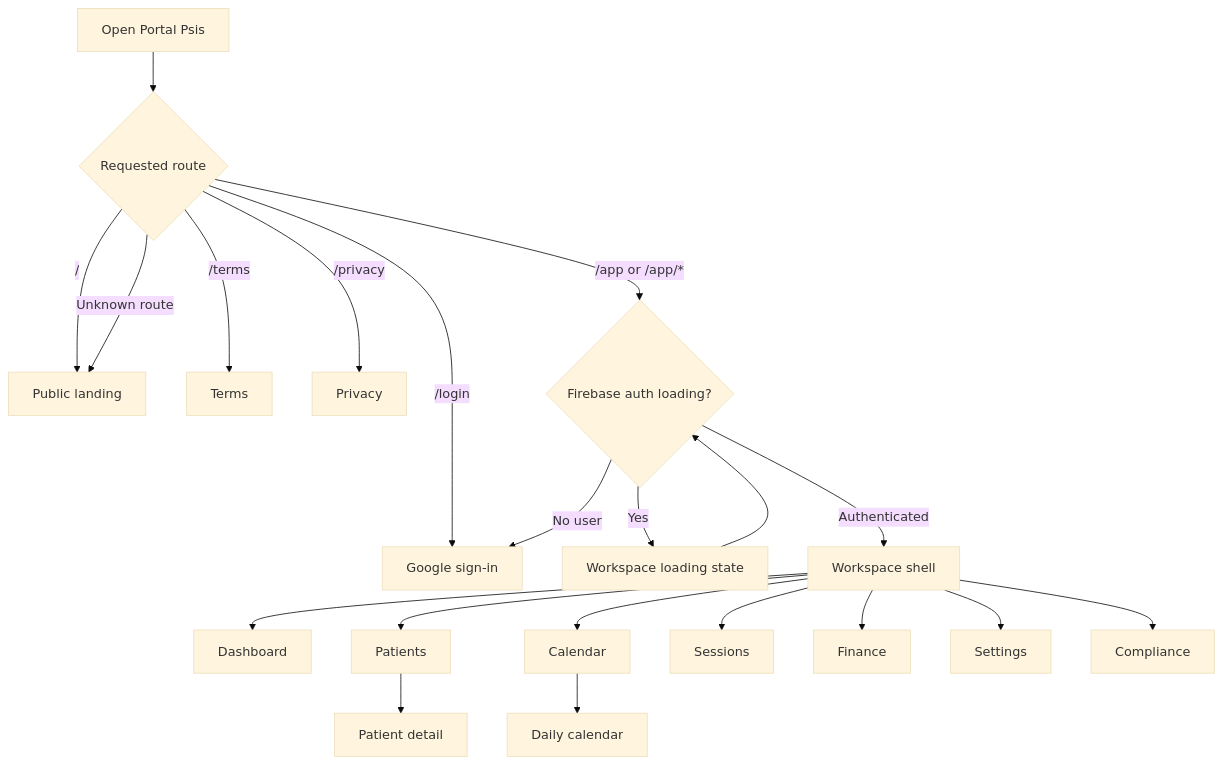
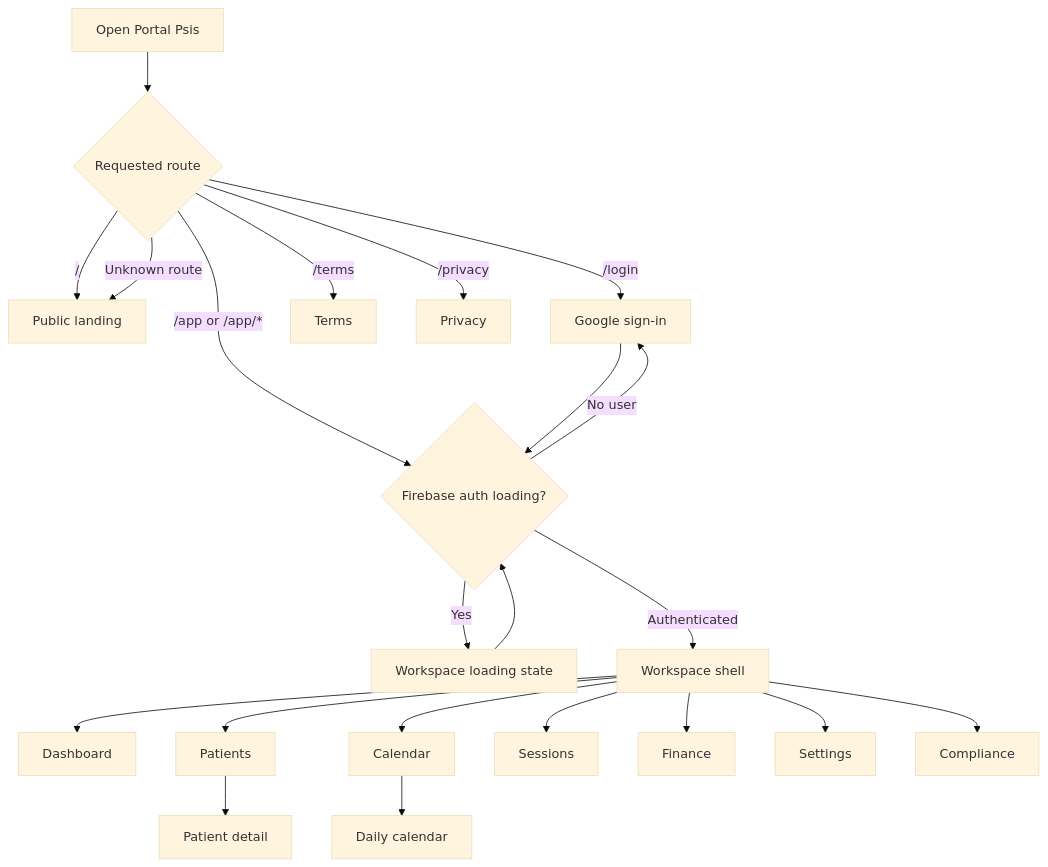
Before and after one commit to felipeUmbra/PsychePortal: the first of 6 diagrams in Project Docs/APP_FLOW.md, drawn with Mermaid (base theme). The commit also changed 2 other files, not shown here.

Commit message:
test: achieve 100% statement and branch coverage in data-deletion and enhance usePatients tests

````diff
--- a/Project Docs/APP_FLOW.md
+++ b/Project Docs/APP_FLOW.md
@@ -10,23 +10,24 @@
 ```mermaid
 flowchart TD
     A[Open Portal Psis] --> B{Requested route}
     B -->|/| C[Public landing]
     B -->|/login| D[Google sign-in]
     B -->|/terms| E[Terms]
     B -->|/privacy| F[Privacy]
     B -->|/app or /app/*| G{Firebase auth loading?}
     B -->|Unknown route| C
+    D --> G
     G -->|Yes| H[Workspace loading state]
     H --> G
     G -->|No user| D
     G -->|Authenticated| I[Workspace shell]
     I --> J[Dashboard]
     I --> K[Patients]
     I --> L[Calendar]
     I --> M[Sessions]
     I --> N[Finance]
     I --> O[Settings]
     I --> P[Compliance]
     K --> Q[Patient detail]
     L --> R[Daily calendar]
 ```
````
